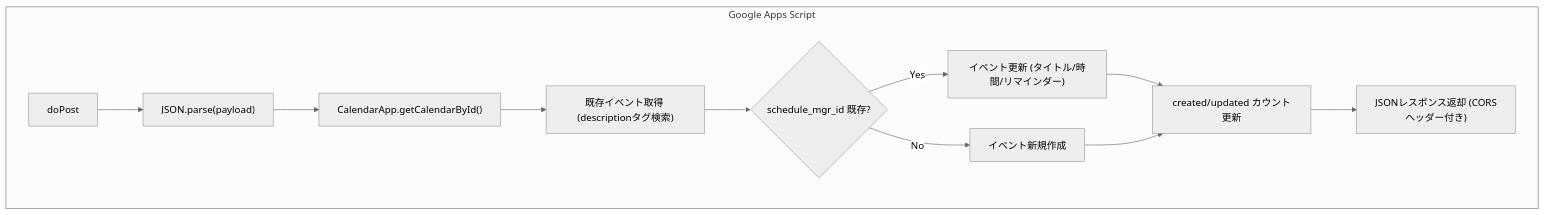
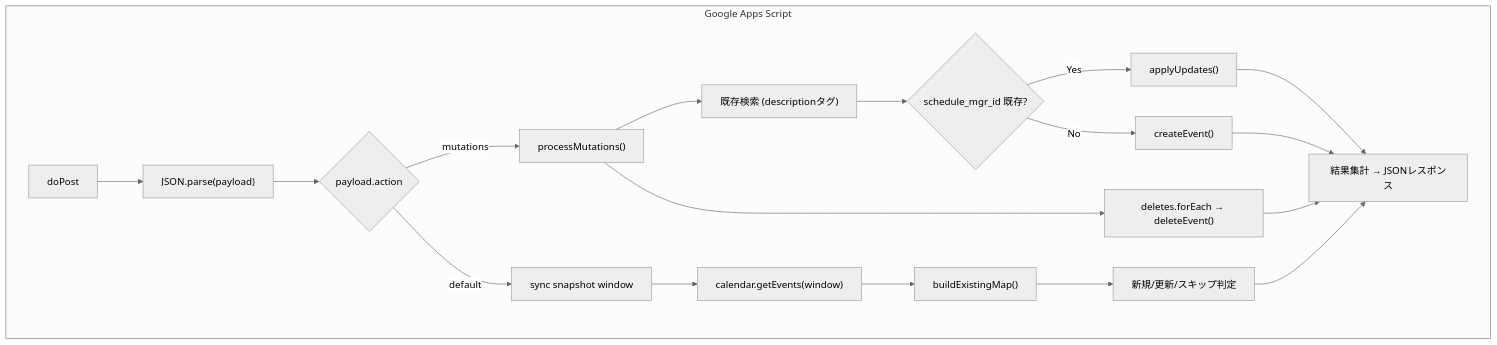
One commit to kosei-doi/schedule_mgr changed the ninth of 9 diagrams in flowchart.md. Above: the diagram before and after it, drawn with Mermaid (neutral theme). The commit also changed other lines of this file and 8 other files, not shown here.

````diff
--- a/flowchart.md
+++ b/flowchart.md
@@ -212,14 +250,23 @@
 ```mermaid
 flowchart TD
     subgraph Google Apps Script
         A["doPost"] --> B["JSON.parse(payload)"]
-        B --> C["CalendarApp.getCalendarById()"]
-        C --> D["既存イベント取得 (descriptionタグ検索)"]
-        D --> E{"schedule_mgr_id 既存?"}
-        E -->|Yes| F["イベント更新 (タイトル/時間/リマインダー)"]
-        E -->|No| G["イベント新規作成"]
-        F --> H["created/updated カウント更新"]
-        G --> H
-        H --> I["JSONレスポンス返却 (CORSヘッダー付き)"]
+        B --> C{"payload.action"}
+        C -->|mutations| D["processMutations()"]
+        C -->|default| E["sync snapshot window"]
+        
+        D --> F["既存検索 (descriptionタグ)"]
+        F --> G{"schedule_mgr_id 既存?"}
+        G -->|Yes| H["applyUpdates()"]
+        G -->|No| I["createEvent()"]
+        D --> J["deletes.forEach → deleteEvent()"]
+        H --> K["結果集計 → JSONレスポンス"]
+        I --> K
+        J --> K
+        
+        E --> L["calendar.getEvents(window)"]
+        L --> M["buildExistingMap()"]
+        M --> N["新規/更新/スキップ判定"]
+        N --> K
     end
 ```
````
